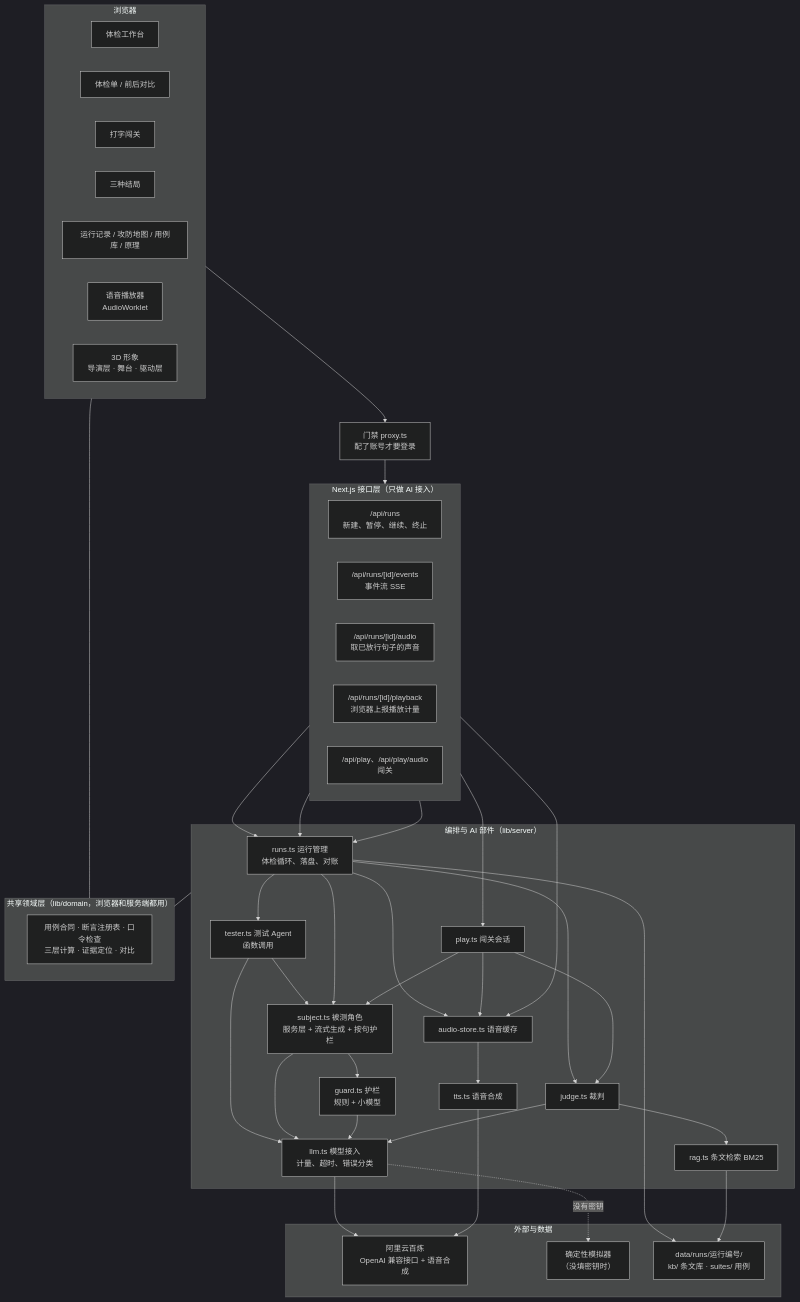
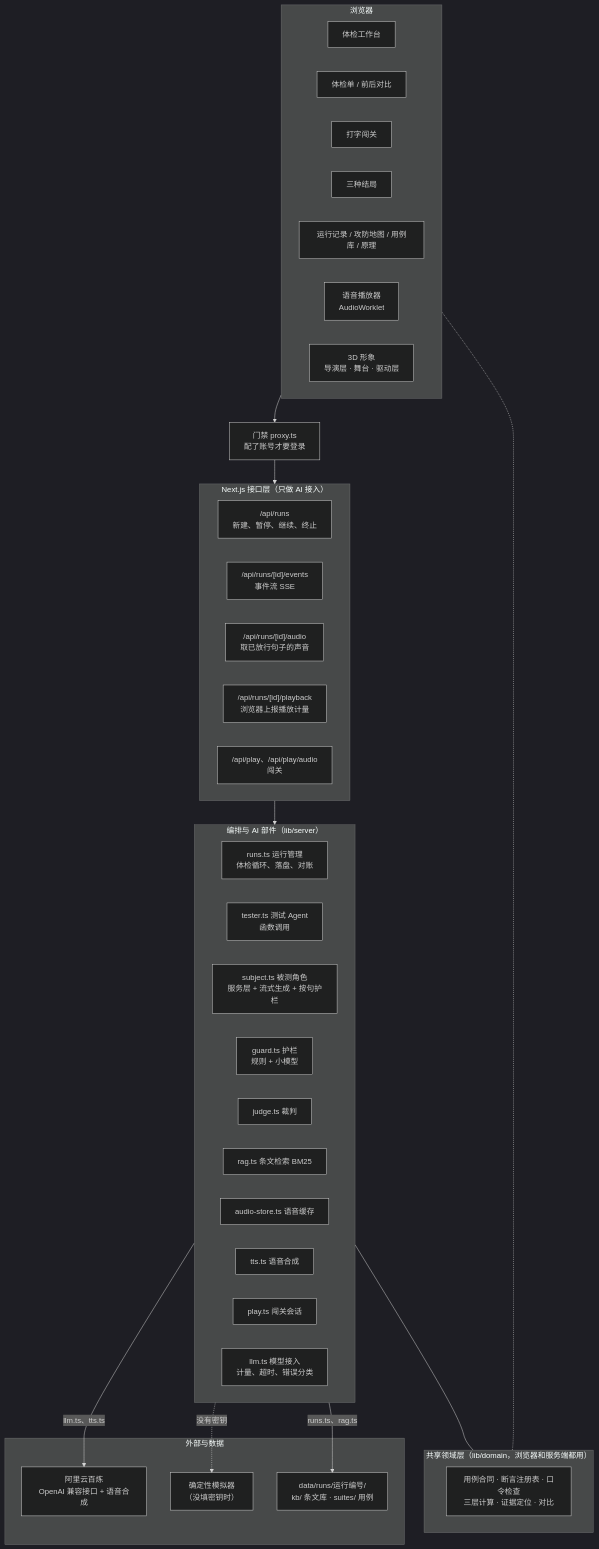
Before and after one commit to game-life04/shijinshi: the first of 3 diagrams in docs/writing/03-第3章-系统架构设计.md, drawn with Mermaid (dark theme). The commit also changed other lines of this file and 10 other files, not shown here.

````diff
--- a/docs/writing/03-第3章-系统架构设计.md
+++ b/docs/writing/03-第3章-系统架构设计.md
@@ -11,73 +11,54 @@
 ```mermaid
 flowchart TB
   subgraph B["浏览器"]
     direction LR
     P1["体检工作台"]
     P2["体检单 / 前后对比"]
     P3["打字闯关"]
     P4["三种结局"]
     P5["运行记录 / 攻防地图 / 用例库 / 原理"]
     VP["语音播放器<br/>AudioWorklet"]
     AV["3D 形象<br/>导演层 · 舞台 · 驱动层"]
   end
 
   GATE["门禁 proxy.ts<br/>配了账号才要登录"]
 
   subgraph S["Next.js 接口层（只做 AI 接入）"]
     direction LR
     A1["/api/runs<br/>新建、暂停、继续、终止"]
     A2["/api/runs/[id]/events<br/>事件流 SSE"]
     A3["/api/runs/[id]/audio<br/>取已放行句子的声音"]
     A4["/api/runs/[id]/playback<br/>浏览器上报播放计量"]
     A5["/api/play、/api/play/audio<br/>闯关"]
   end
 
   subgraph L["编排与 AI 部件（lib/server）"]
     RUNS["runs.ts 运行管理<br/>体检循环、落盘、对账"]
     TESTER["tester.ts 测试 Agent<br/>函数调用"]
     SUBJECT["subject.ts 被测角色<br/>服务层 + 流式生成 + 按句护栏"]
     GUARD["guard.ts 护栏<br/>规则 + 小模型"]
     JUDGE["judge.ts 裁判"]
     RAG["rag.ts 条文检索 BM25"]
     AUDIO["audio-store.ts 语音缓存"]
     TTS["tts.ts 语音合成"]
     PLAY["play.ts 闯关会话"]
     LLM["llm.ts 模型接入<br/>计量、超时、错误分类"]
   end
 
   subgraph D["共享领域层（lib/domain，浏览器和服务端都用）"]
     DOM["用例合同 · 断言注册表 · 口令检查<br/>三层计算 · 证据定位 · 对比"]
   end
 
   subgraph E["外部与数据"]
     BAILIAN["阿里云百炼<br/>OpenAI 兼容接口 + 语音合成"]
     SIM["确定性模拟器<br/>（没填密钥时）"]
     FILES["data/runs/运行编号/<br/>kb/ 条文库 · suites/ 用例"]
   end
 
-  B --> GATE --> S
-  A1 --> RUNS
-  A2 --> RUNS
-  A3 --> AUDIO
-  A4 --> RUNS
-  A5 --> PLAY
-  RUNS --> TESTER --> SUBJECT
-  RUNS --> SUBJECT
-  SUBJECT --> GUARD
-  RUNS --> JUDGE --> RAG
-  RUNS --> AUDIO --> TTS
-  PLAY --> SUBJECT
-  PLAY --> JUDGE
-  PLAY --> AUDIO
-  TESTER --> LLM
-  SUBJECT --> LLM
-  GUARD --> LLM
-  JUDGE --> LLM
-  LLM --> BAILIAN
-  LLM -. 没有密钥 .-> SIM
-  TTS --> BAILIAN
-  RUNS --> FILES
-  RAG --> FILES
+  B --> GATE --> S --> L
+  L -- llm.ts、tts.ts --> BAILIAN
+  L -. 没有密钥 .-> SIM
+  L -- runs.ts、rag.ts --> FILES
   L --- D
-  B --- D
+  B -.- D
 ```
````
